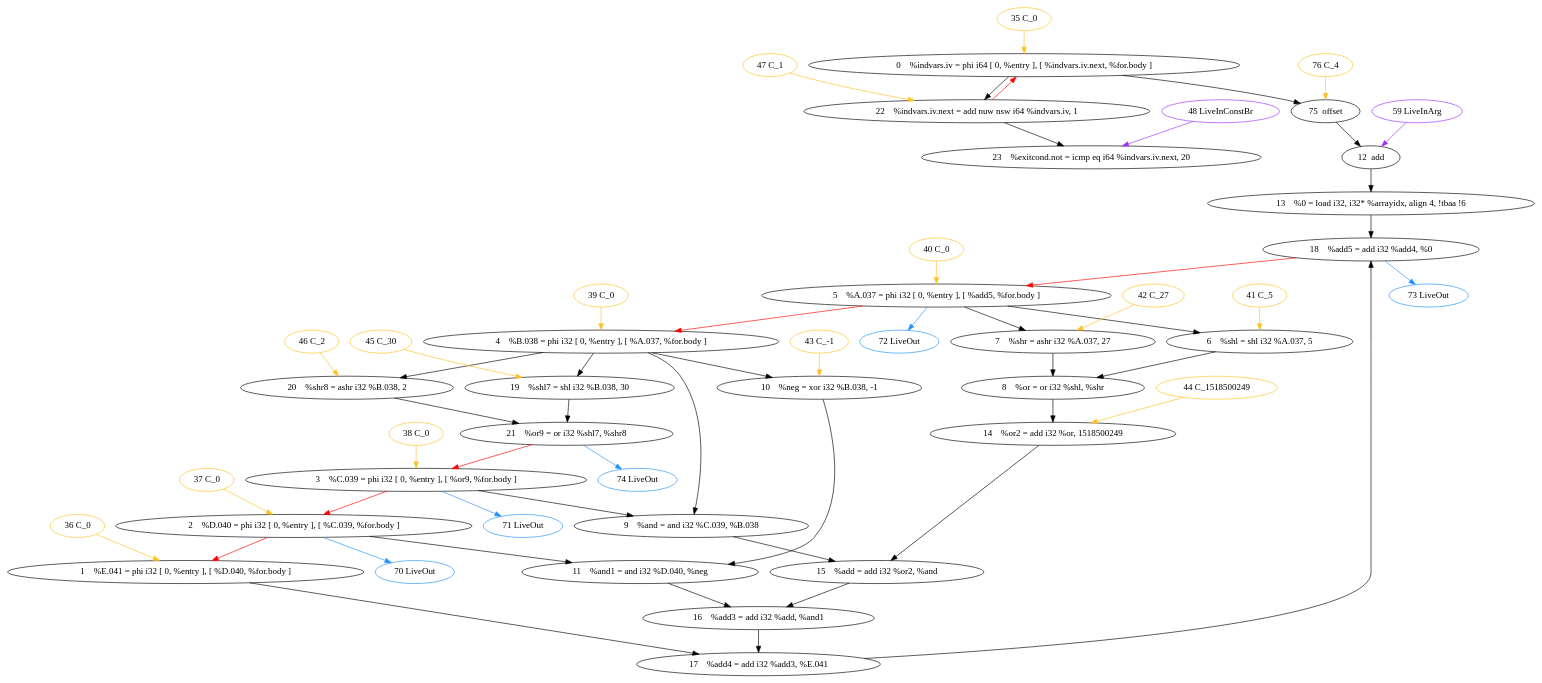
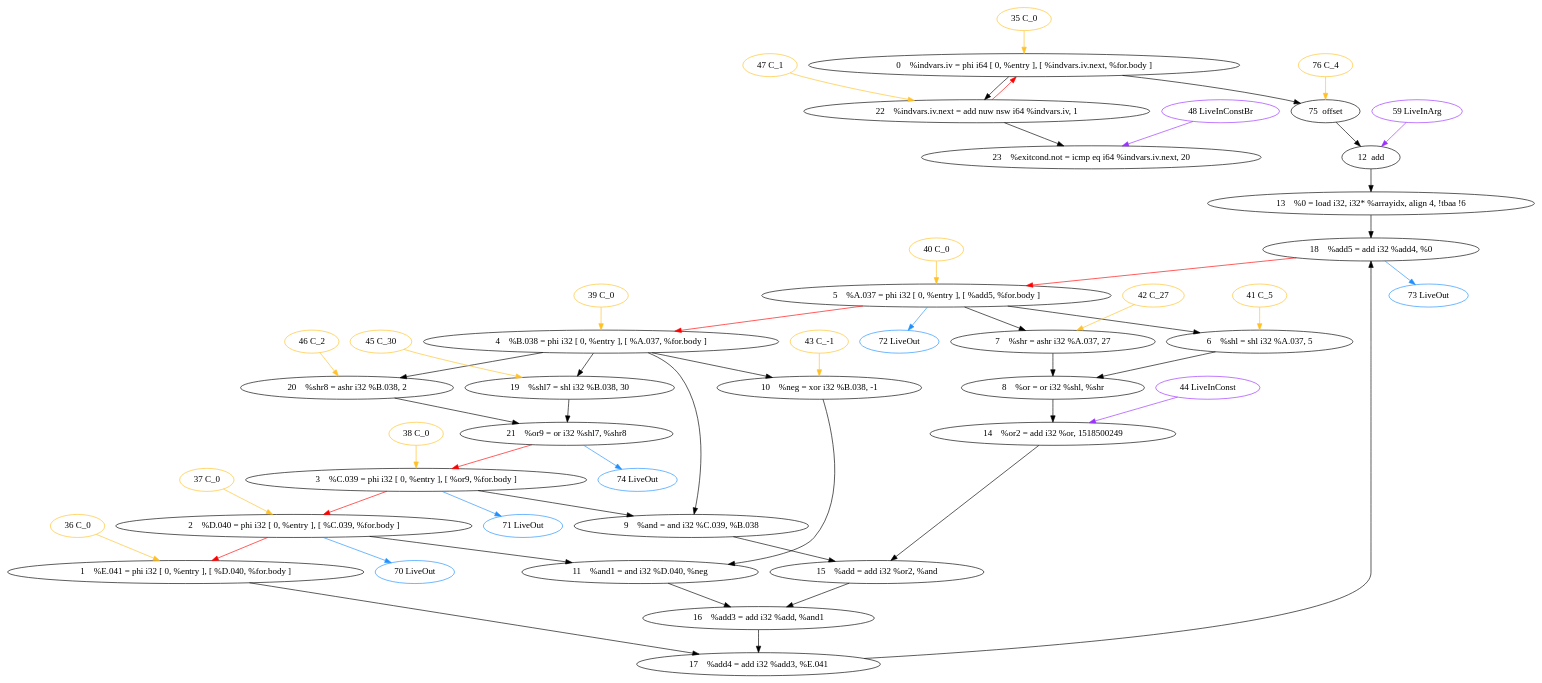
The diagram in benchmarks/SHA2/sha11_loop_graph.dot (CristianTirelli/SAT-MapIt), drawn with Graphviz before and after one commit. The commit also changed 20 other files, not shown here.

```diff
--- a/benchmarks/SHA2/sha11_loop_graph.dot
+++ b/benchmarks/SHA2/sha11_loop_graph.dot
@@ -1,152 +1,152 @@
 digraph sha11 { 
 {
  compound=true;
 0 [color=black, label="0    %indvars.iv = phi i64 [ 0, %entry ], [ %indvars.iv.next, %for.body ]"];
 
 1 [color=black, label="1    %E.041 = phi i32 [ 0, %entry ], [ %D.040, %for.body ]"];
 
 2 [color=black, label="2    %D.040 = phi i32 [ 0, %entry ], [ %C.039, %for.body ]"];
 
 3 [color=black, label="3    %C.039 = phi i32 [ 0, %entry ], [ %or9, %for.body ]"];
 
 4 [color=black, label="4    %B.038 = phi i32 [ 0, %entry ], [ %A.037, %for.body ]"];
 
 5 [color=black, label="5    %A.037 = phi i32 [ 0, %entry ], [ %add5, %for.body ]"];
 
 6 [color=black, label="6    %shl = shl i32 %A.037, 5"];
 
 7 [color=black, label="7    %shr = ashr i32 %A.037, 27"];
 
 8 [color=black, label="8    %or = or i32 %shl, %shr"];
 
 9 [color=black, label="9    %and = and i32 %C.039, %B.038"];
 
 10 [color=black, label="10    %neg = xor i32 %B.038, -1"];
 
 11 [color=black, label="11    %and1 = and i32 %D.040, %neg"];
 
 12 [color=black, label="12  add"];
 
 13 [color=black, label="13    %0 = load i32, i32* %arrayidx, align 4, !tbaa !6"];
 
 14 [color=black, label="14    %or2 = add i32 %or, 1518500249"];
 
 15 [color=black, label="15    %add = add i32 %or2, %and"];
 
 16 [color=black, label="16    %add3 = add i32 %add, %and1"];
 
 17 [color=black, label="17    %add4 = add i32 %add3, %E.041"];
 
 18 [color=black, label="18    %add5 = add i32 %add4, %0"];
 
 19 [color=black, label="19    %shl7 = shl i32 %B.038, 30"];
 
 20 [color=black, label="20    %shr8 = ashr i32 %B.038, 2"];
 
 21 [color=black, label="21    %or9 = or i32 %shl7, %shr8"];
 
 22 [color=black, label="22    %indvars.iv.next = add nuw nsw i64 %indvars.iv, 1"];
 
 23 [color=black, label="23    %exitcond.not = icmp eq i64 %indvars.iv.next, 20"];
 
 75 [color=black, label="75  offset"];
 0 -> 22
 0 -> 75
 1 -> 17
 2 -> 11
 2 -> 1 [color=red]
 3 -> 9
 3 -> 2 [color=red]
 4 -> 20
 4 -> 19
 4 -> 10
 4 -> 9
 5 -> 7
 5 -> 6
 5 -> 4 [color=red]
 6 -> 8
 7 -> 8
 8 -> 14
 9 -> 15
 10 -> 11
 11 -> 16
 12 -> 13
 13 -> 18
 14 -> 15
 15 -> 16
 16 -> 17
 17 -> 18
 18 -> 5 [color=red]
 19 -> 21
 20 -> 21
 21 -> 3 [color=red]
 22 -> 23
 22 -> 0 [color=red]
 75 -> 12
 
 35 [color=goldenrod1, label="35 C_0"];
 
 36 [color=goldenrod1, label="36 C_0"];
 
 37 [color=goldenrod1, label="37 C_0"];
 
 38 [color=goldenrod1, label="38 C_0"];
 
 39 [color=goldenrod1, label="39 C_0"];
 
 40 [color=goldenrod1, label="40 C_0"];
 
 41 [color=goldenrod1, label="41 C_5"];
 
 42 [color=goldenrod1, label="42 C_27"];
 
 43 [color=goldenrod1, label="43 C_-1"];
 
-44 [color=goldenrod1, label="44 C_1518500249"];
-
 45 [color=goldenrod1, label="45 C_30"];
 
 46 [color=goldenrod1, label="46 C_2"];
 
 47 [color=goldenrod1, label="47 C_1"];
 
 76 [color=goldenrod1, label="76 C_4"];
+
+44 [color=purple1, label="44 LiveInConst"];
 
 48 [color=purple1, label="48 LiveInConstBr"];
 
 59 [color=purple1, label="59 LiveInArg"];
 
 70 [color=dodgerblue1, label="70 LiveOut"];
 
 71 [color=dodgerblue1, label="71 LiveOut"];
 
 72 [color=dodgerblue1, label="72 LiveOut"];
 
 73 [color=dodgerblue1, label="73 LiveOut"];
 
 74 [color=dodgerblue1, label="74 LiveOut"];
+44 -> 14 [color=purple1]
 48 -> 23 [color=purple1]
 59 -> 12 [color=purple1]
 2 -> 70 [color=dodgerblue1]
 3 -> 71 [color=dodgerblue1]
 5 -> 72 [color=dodgerblue1]
 18 -> 73 [color=dodgerblue1]
 21 -> 74 [color=dodgerblue1]
 35 -> 0 [color=goldenrod1]
 36 -> 1 [color=goldenrod1]
 37 -> 2 [color=goldenrod1]
 38 -> 3 [color=goldenrod1]
 39 -> 4 [color=goldenrod1]
 40 -> 5 [color=goldenrod1]
 41 -> 6 [color=goldenrod1]
 42 -> 7 [color=goldenrod1]
 43 -> 10 [color=goldenrod1]
-44 -> 14 [color=goldenrod1]
 45 -> 19 [color=goldenrod1]
 46 -> 20 [color=goldenrod1]
 47 -> 22 [color=goldenrod1]
 76 -> 75 [color=goldenrod1]
 
 }
 
 }
```
